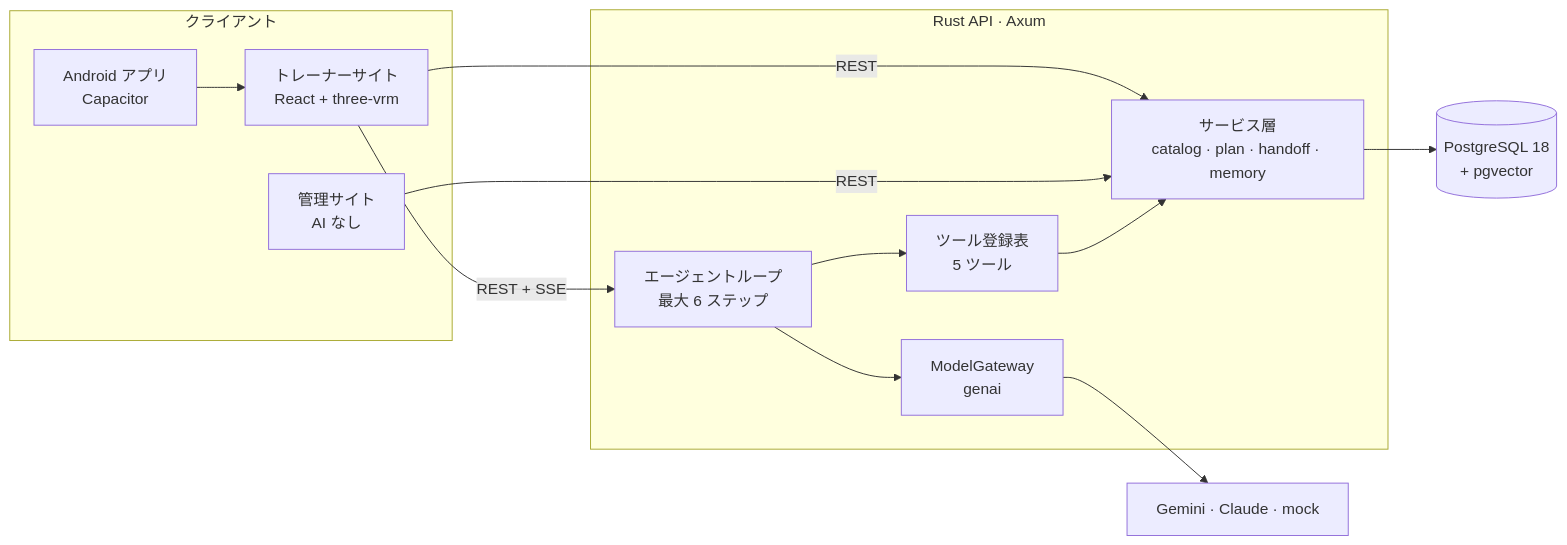
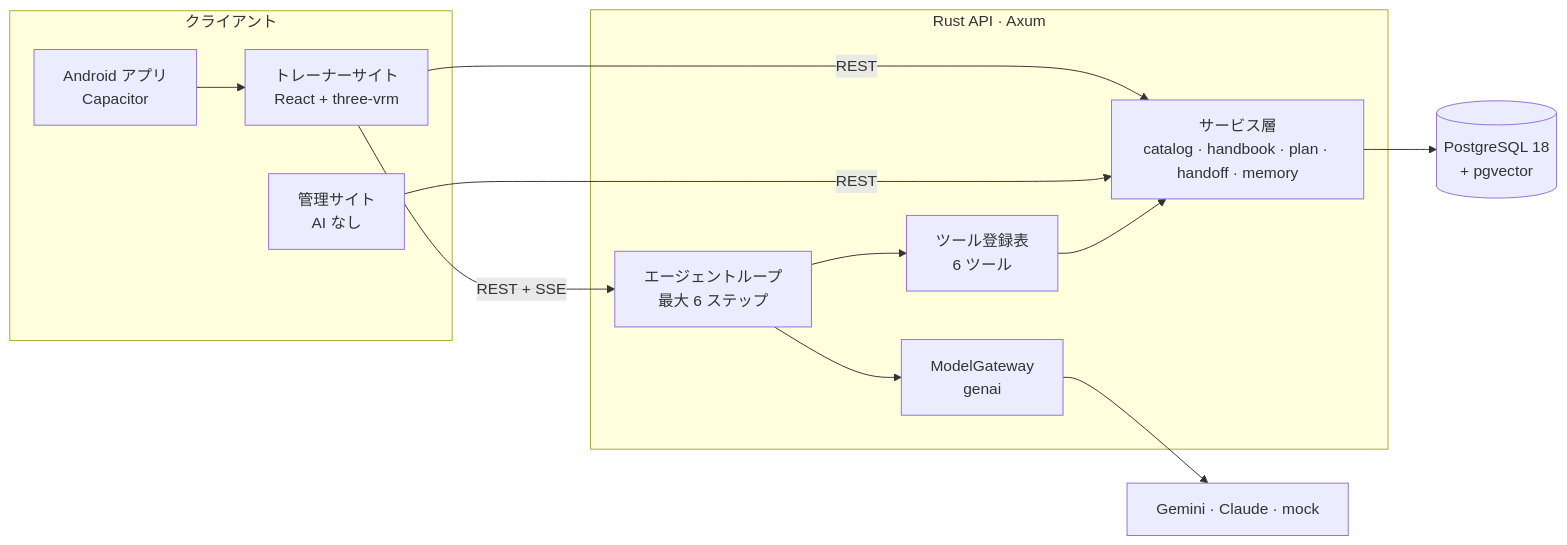
The diagram in docs/readme/README.ja.md (naritaroad/tracen-ai-tazuna), drawn with Mermaid before and after one commit. The commit also changed other lines of this file and 3 other files, not shown here.

````diff
--- a/docs/readme/README.ja.md
+++ b/docs/readme/README.ja.md
@@ -162,23 +165,23 @@
 ```mermaid
 flowchart LR
   subgraph Clients["クライアント"]
     TS["トレーナーサイト<br/>React + three-vrm"]
     MS["管理サイト<br/>AI なし"]
     APK["Android アプリ<br/>Capacitor"]
   end
   subgraph API["Rust API · Axum"]
     AG["エージェントループ<br/>最大 6 ステップ"]
-    TL["ツール登録表<br/>5 ツール"]
-    SV["サービス層<br/>catalog · plan · handoff · memory"]
+    TL["ツール登録表<br/>6 ツール"]
+    SV["サービス層<br/>catalog · handbook · plan · handoff · memory"]
     GW["ModelGateway<br/>genai"]
   end
   DB[("PostgreSQL 18<br/>+ pgvector")]
   LLM["Gemini · Claude · mock"]
 
   TS -- "REST + SSE" --> AG
   TS -- REST --> SV
   APK --> TS
   MS -- REST --> SV
   AG --> TL --> SV --> DB
   AG --> GW --> LLM
 ```
````
